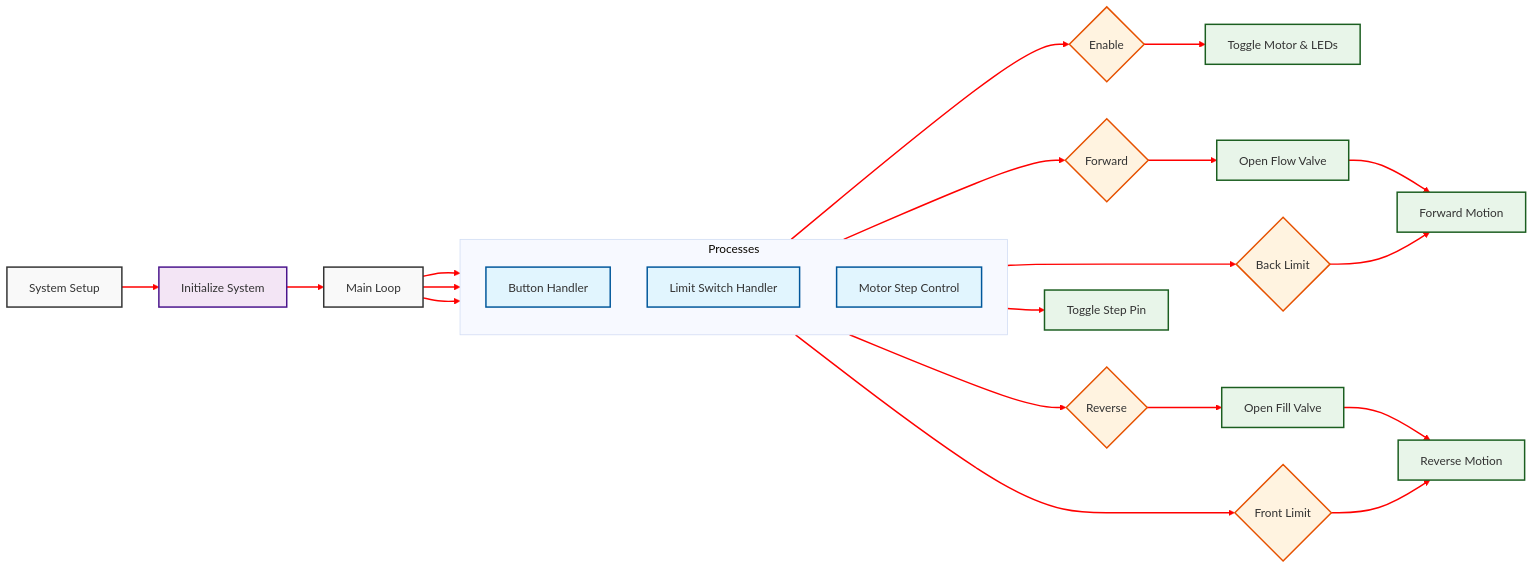
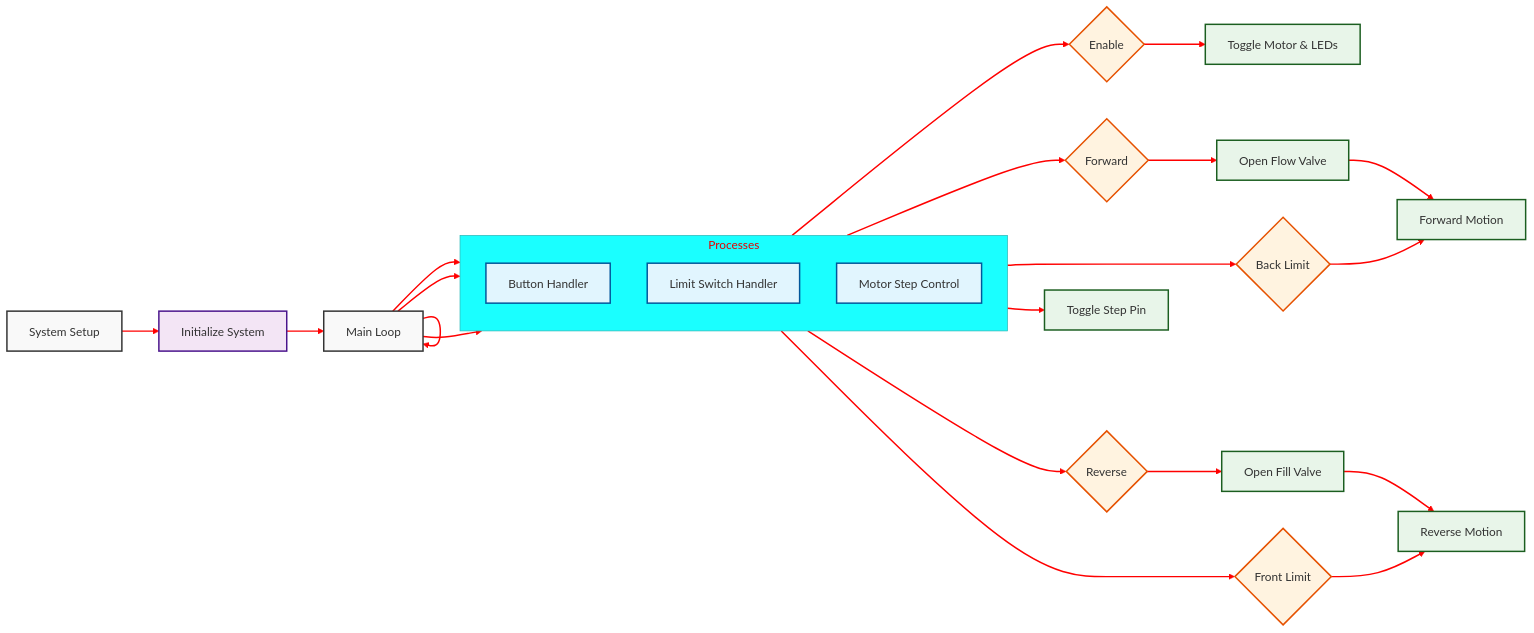
The diagram in Anxiety/Software/README.md (dattasaurabh82/SubtleTensions), drawn with Mermaid before and after one commit.

Commit message:
added line colors for logic flow mermaid diagram

````diff
--- a/Anxiety/Software/README.md
+++ b/Anxiety/Software/README.md
@@ -3,61 +3,68 @@
 ```mermaid
 %%{
   init: {
     'theme': 'base',
     'themeVariables': {
       'fontFamily': 'arial',
-      'fontSize': '16px'
+      'fontSize': '16px',
+      'lineColor': '#FF0000',
+      'mainBkg': '#f9f9f9',
+      'primaryColor': '#FF0000',
+      'edgeLabelBackground': '#fff',
+      'arrowheadColor': '#FF0000'
     },
     'flowchart': {
       'nodeSpacing': 50,
       'rankSpacing': 50,
       'curve': 'basis'
     },
     'htmlLabels': true,
     'securityLevel': 'loose',
     'viewport': {
       'width': 1200,
       'height': 600
     }
   }
 }%%
 
 flowchart LR
     %% Styling
     classDef default fill:#f9f9f9,stroke:#333,stroke-width:2px
     classDef process fill:#e1f5fe,stroke:#01579b,stroke-width:2px
     classDef decision fill:#fff3e0,stroke:#e65100,stroke-width:2px
     classDef action fill:#e8f5e9,stroke:#1b5e20,stroke-width:2px
     classDef init fill:#f3e5f5,stroke:#4a148c,stroke-width:2px
     
     linkStyle default stroke:#FF0000,stroke-width:2px
 
     Setup[System Setup] --> Init[Initialize System]:::init
     Init --> Loop[Main Loop]
     
     subgraph Processes[" Processes"]
         direction TB
         P1[Button Handler]:::process
         P2[Limit Switch Handler]:::process
         P3[Motor Step Control]:::process
     end
     
     Loop --> P1 & P2 & P3
     
     P1 --> B1{Enable}:::decision
     P1 --> B2{Forward}:::decision
     P1 --> B3{Reverse}:::decision
     
     B1 --> M1[Toggle Motor & LEDs]:::action
     B2 --> F1[Open Flow Valve]:::action
     F1 --> F2[Forward Motion]:::action
     B3 --> R1[Open Fill Valve]:::action
     R1 --> R2[Reverse Motion]:::action
     
     P2 --> L1{Front Limit}:::decision
     P2 --> L2{Back Limit}:::decision
     L1 --> R2
     L2 --> F2
     
     P3 --> MS[Toggle Step Pin]:::action
+    
+    Loop --> Loop
 ```
````
